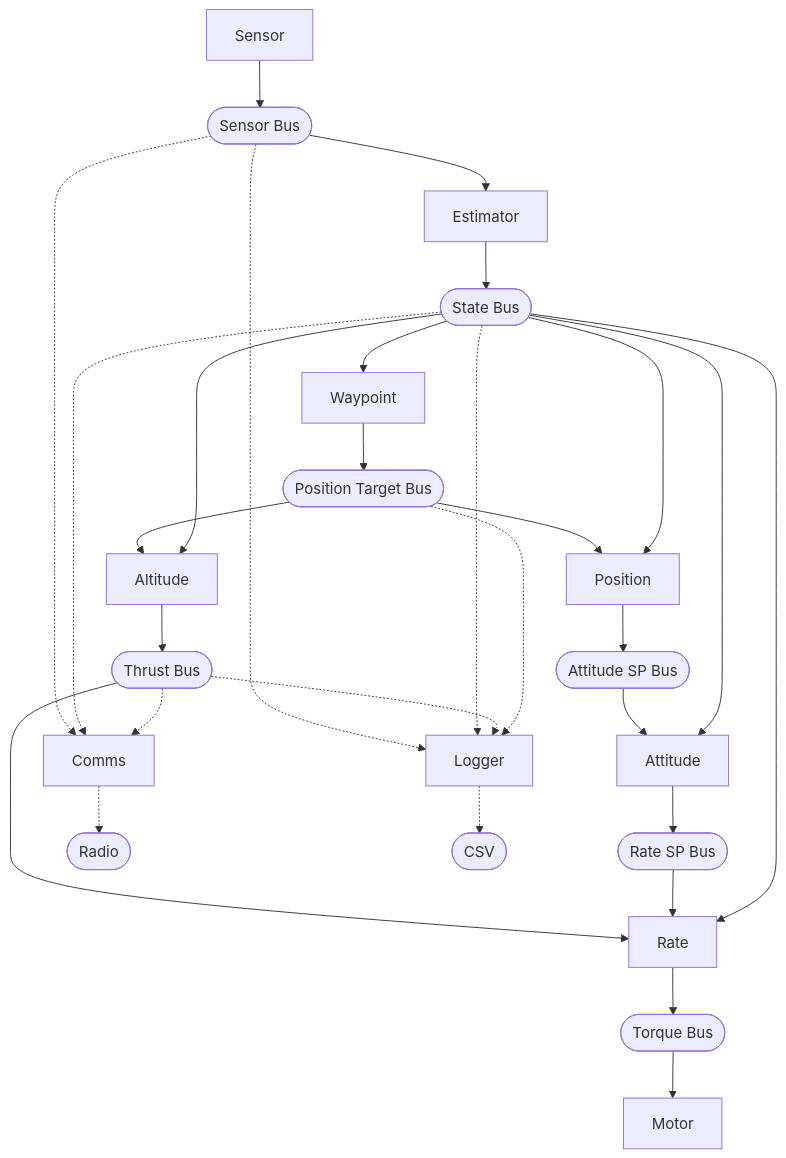
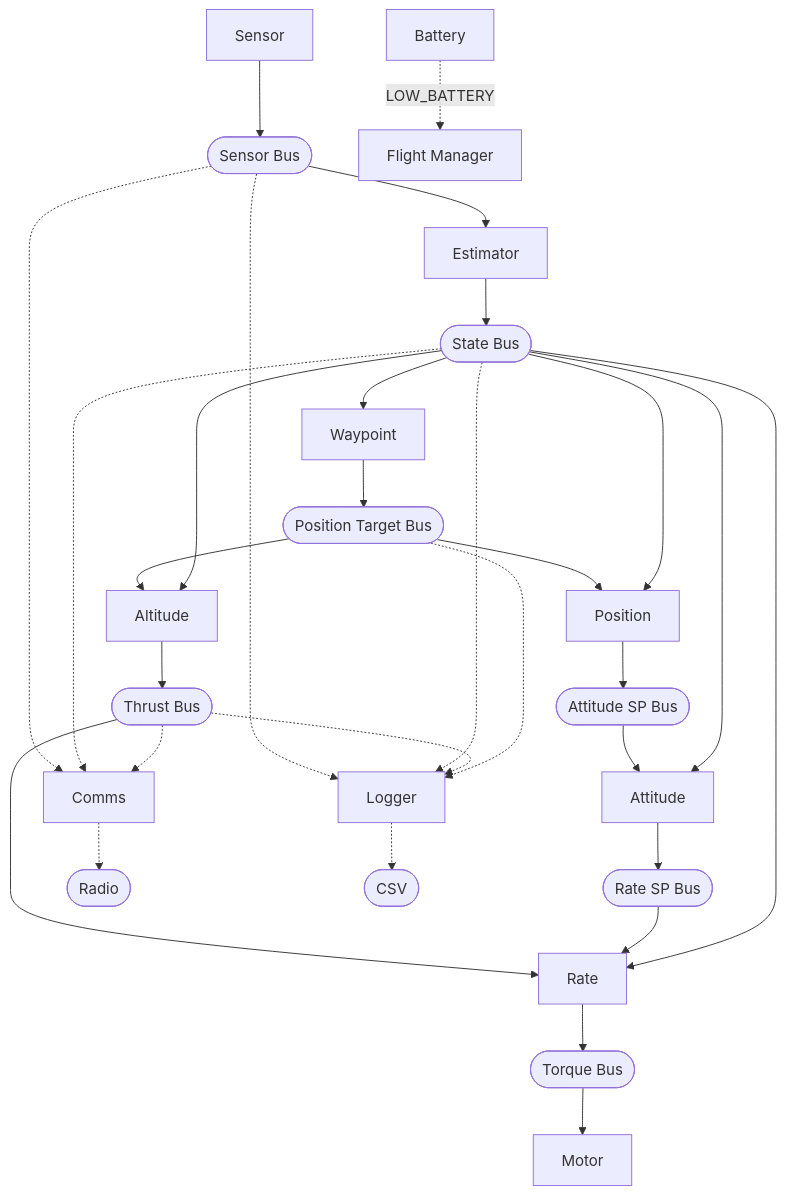
One commit to joagre/hive changed the diagram in examples/pilot/README.md. Above: the diagram before and after it, drawn with Mermaid. The commit also changed other lines of this file and 13 other files, not shown here.

````diff
--- a/examples/pilot/README.md
+++ b/examples/pilot/README.md
@@ -117,24 +119,26 @@
 ```mermaid
 graph TB
     Sensor[Sensor] --> SensorBus([Sensor Bus]) --> Estimator[Estimator] --> StateBus([State Bus])
 
     StateBus --> Waypoint[Waypoint] --> PositionTargetBus([Position Target Bus])
     PositionTargetBus --> Altitude[Altitude] --> ThrustBus([Thrust Bus]) --> Rate[Rate]
     PositionTargetBus --> Position[Position]
     StateBus --> Altitude
     StateBus --> Position --> AttitudeSP([Attitude SP Bus]) --> Attitude[Attitude]
     StateBus --> Attitude --> RateSP([Rate SP Bus]) --> Rate
     StateBus --> Rate
     Rate --> TorqueBus([Torque Bus]) --> Motor[Motor]
 
+    Battery[Battery] -.->|LOW_BATTERY| FlightMgr[Flight Manager]
+
     SensorBus -.-> Comms[Comms]
     StateBus -.-> Comms
     ThrustBus -.-> Comms
     Comms -.-> Radio([Radio])
 
     SensorBus -.-> Logger[Logger]
     StateBus -.-> Logger
     ThrustBus -.-> Logger
     PositionTargetBus -.-> Logger
     Logger -.-> CSV([CSV])
 ```
````
